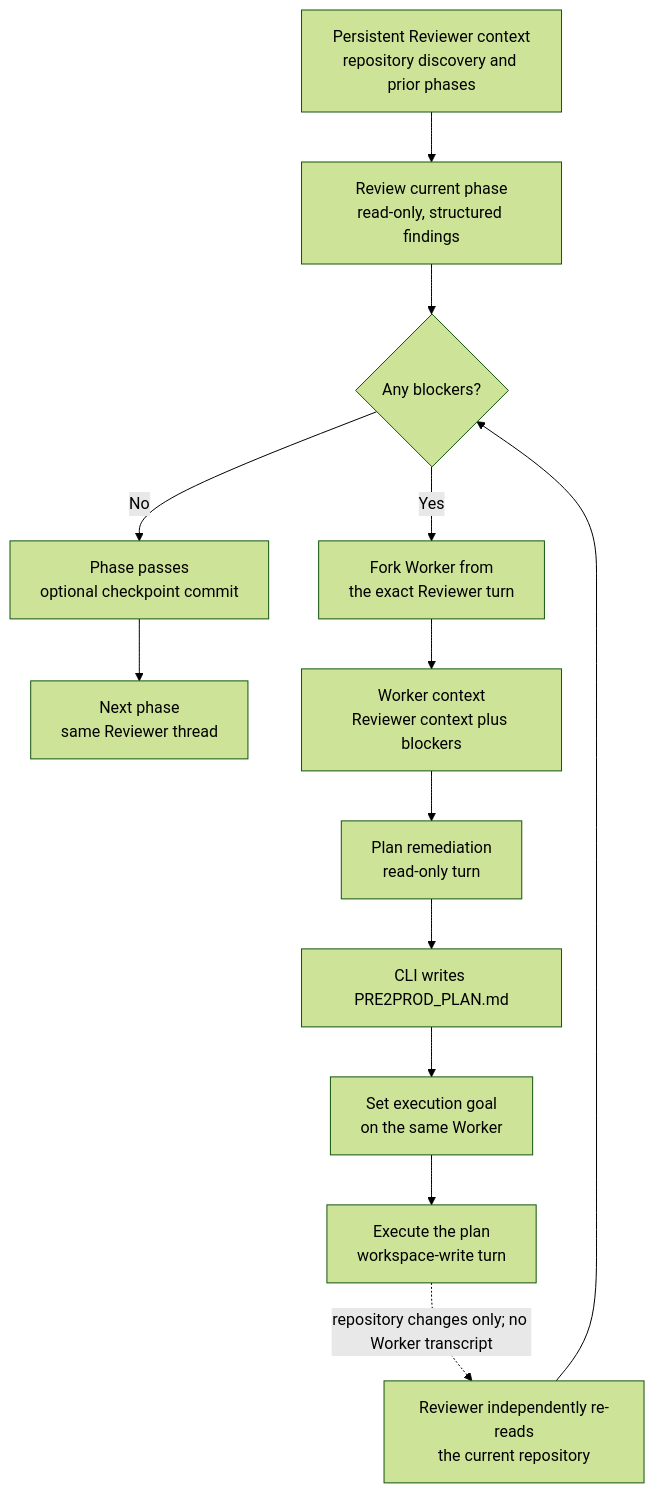
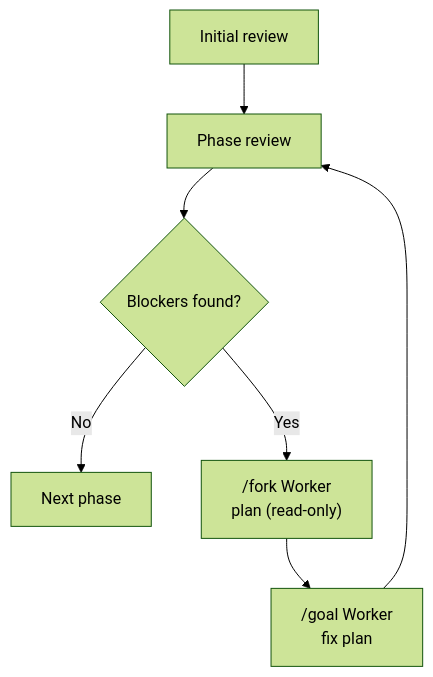
One commit to vv-bogdanov/pre2prod changed the diagram in README.md. Above: the diagram before and after it, drawn with Mermaid (forest theme).

Commit message:
docs: simplify phase workflow diagram

````diff
--- a/README.md
+++ b/README.md
@@ -18,15 +18,9 @@
 ```mermaid
 flowchart TD
-    R0["Persistent Reviewer context<br/>repository discovery and prior phases"] --> R1["Review current phase<br/>read-only, structured findings"]
-    R1 --> B{"Any blockers?"}
-    B -- No --> P["Phase passes<br/>optional checkpoint commit"]
-    P --> N["Next phase<br/>same Reviewer thread"]
-    B -- Yes --> F["Fork Worker from<br/>the exact Reviewer turn"]
-    F --> W0["Worker context<br/>Reviewer context plus blockers"]
-    W0 --> W1["Plan remediation<br/>read-only turn"]
-    W1 --> PF["CLI writes PRE2PROD_PLAN.md"]
-    PF --> G["Set execution goal<br/>on the same Worker"]
-    G --> W2["Execute the plan<br/>workspace-write turn"]
-    W2 -. "repository changes only; no Worker transcript" .-> R2["Reviewer independently re-reads<br/>the current repository"]
-    R2 --> B
+    I["Initial review"] --> R["Phase review"]
+    R --> B{"Blockers found?"}
+    B -- No --> N["Next phase"]
+    B -- Yes --> P["/fork Worker<br/>plan (read-only)"]
+    P --> F["/goal Worker<br/>fix plan"]
+    F --> R
 ```
````
